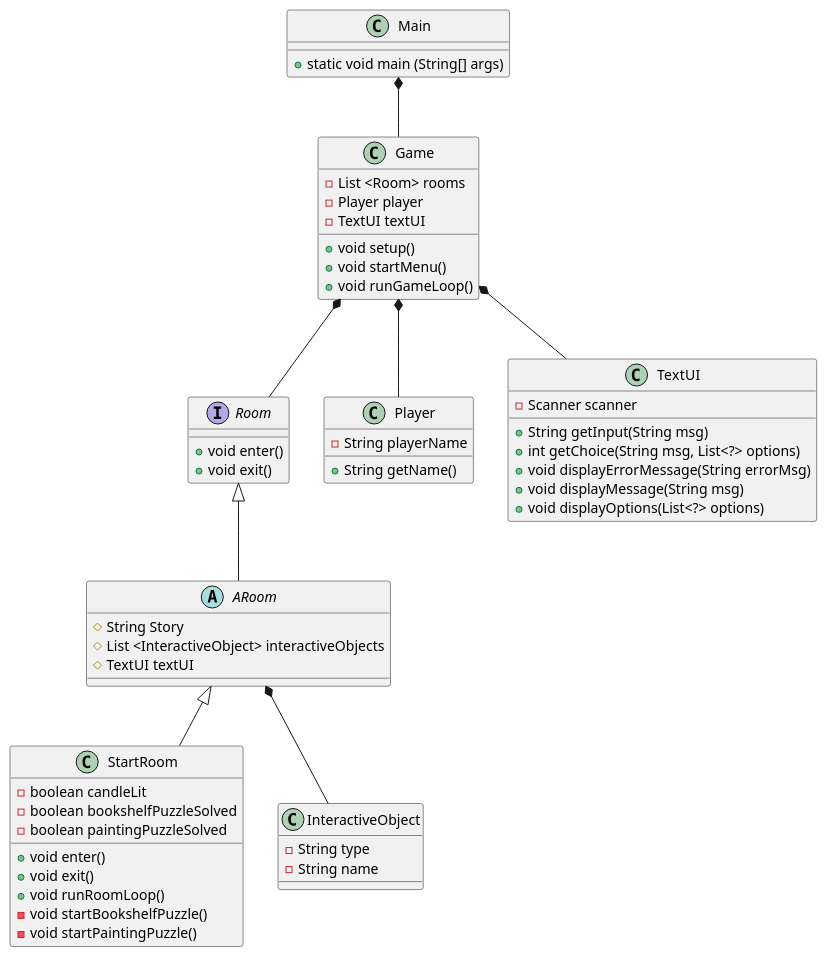
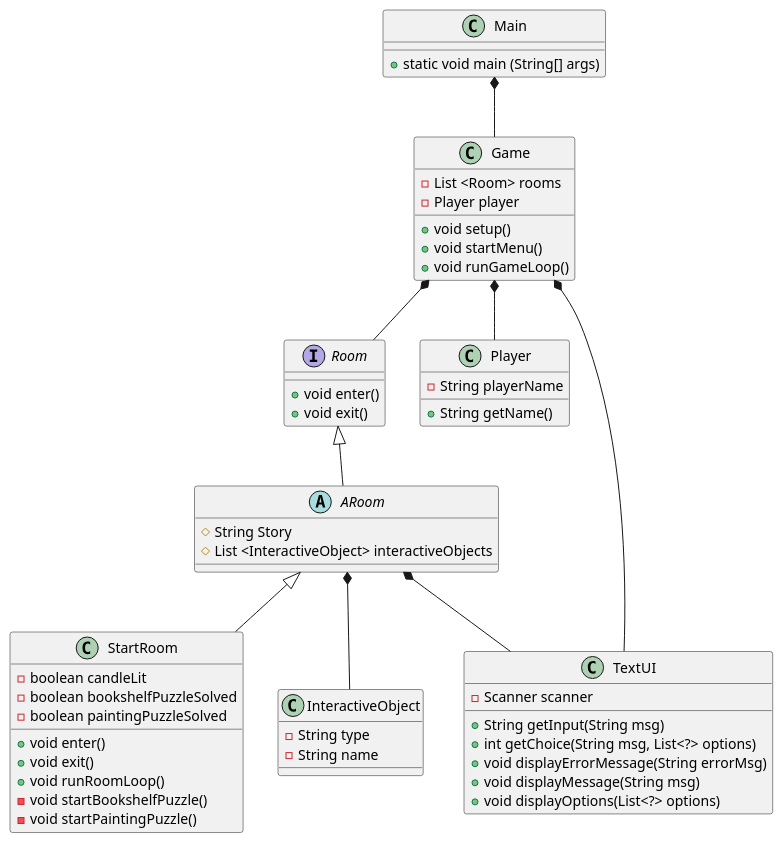
The diagram in doc/Classediagram.puml (Shiihon/ICEProject), drawn with PlantUML before and after one commit.

```diff
--- a/doc/Classediagram.puml
+++ b/doc/Classediagram.puml
@@ -1,69 +1,69 @@
 @startuml
 class Main
 class Game
 interface Room
 abstract class ARoom
 class StartRoom
 class Player
 class InteractiveObject
 
 
 Main : + static void main (String[] args)
 
 
 Main *--Game
 Game *-- Room
+Game *-- TextUI
 Game *-- Player
-Game *-- TextUI
 Room <|-- ARoom
 ARoom <|-- StartRoom
 ARoom *-- InteractiveObject
 
+ARoom *-- TextUI
+
 
 Game : - List <Room> rooms
 Game : - Player player
-Game : - TextUI textUI
 
 Game : + void setup()
 Game : + void startMenu()
 Game : + void runGameLoop()
 
 
 Room : + void enter()
 Room : + void exit()
 
 
 ARoom : # String Story
 ARoom : # List <InteractiveObject> interactiveObjects
-ARoom : # TextUI textUI
 
 
 StartRoom : - boolean candleLit
 StartRoom : - boolean bookshelfPuzzleSolved
 StartRoom : - boolean paintingPuzzleSolved
 
 StartRoom : + void enter()
 StartRoom : + void exit()
 StartRoom : + void runRoomLoop()
 StartRoom : - void startBookshelfPuzzle()
 StartRoom : - void startPaintingPuzzle()
 
 
 Player : - String playerName
 
 Player : + String getName()
 
 
 TextUI : - Scanner scanner
 
 TextUI : + String getInput(String msg)
 TextUI : + int getChoice(String msg, List<?> options)
 TextUI : + void displayErrorMessage(String errorMsg)
 TextUI : + void displayMessage(String msg)
 TextUI : + void displayOptions(List<?> options)
 
 
 InteractiveObject : - String type
 InteractiveObject : - String name
 
 @enduml
```
